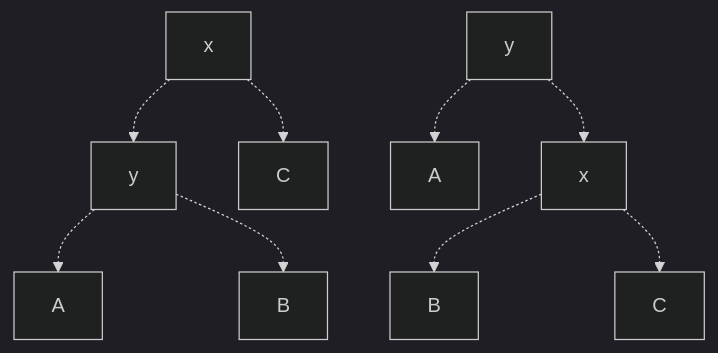
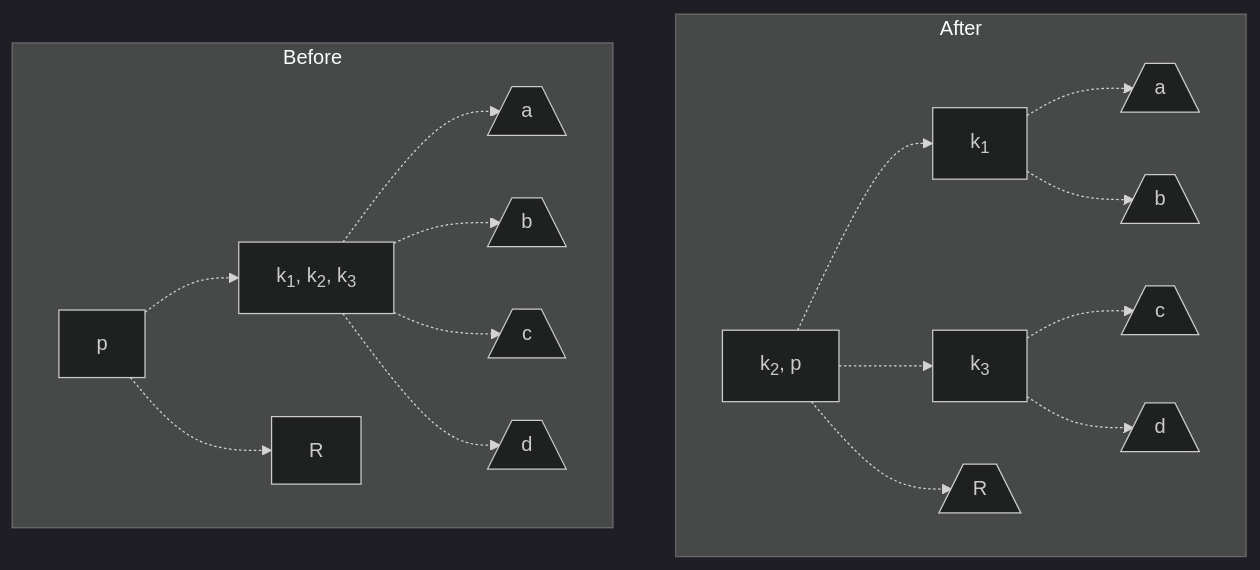
Before and after one commit to shuyelin06/Obsidian-Notes: the fifth of 5 diagrams in content/Classes/CMSC420/CMSC420Working.md, drawn with Mermaid (dark theme). The commit also changed other lines of this file and 8 other files, not shown here.

````diff
--- a/content/Classes/CMSC420/CMSC420Working.md
+++ b/content/Classes/CMSC420/CMSC420Working.md
@@ -83,8 +336,13 @@
 ```mermaid
 graph TD
-      1[x] -.-> 2[y] & 3[C];
-      2 -.-> 4[A] & 5[B];
-
-      6[y] -.-> 7[A] & 8[x];
-      8 -.-> 9[B] & 10[C];
+      subgraph After
+      8[k<sub>2</sub>, p] -.-> 9[k<sub>1</sub>] & 10[k<sub>3</sub>] & 11[/R\];
+      9 -.-> 12[/a\] & 13[/b\];
+      10 -.-> 14[/c\] & 15[/d\];
+      end
+      
+      subgraph Before
+      1[p] -.-> 2[k<sub>1</sub>, k<sub>2</sub>, k<sub>3</sub>] & 3[R];
+      2 -.-> 4[/a\] & 5[/b\] & 6[/c\] & 7[/d\];
+      end
 ```
````
